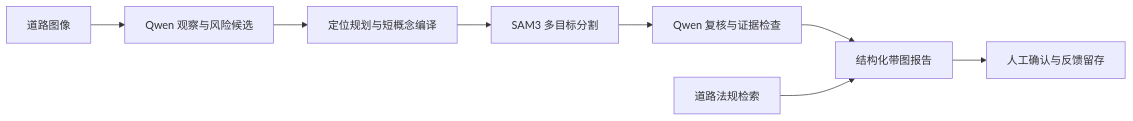
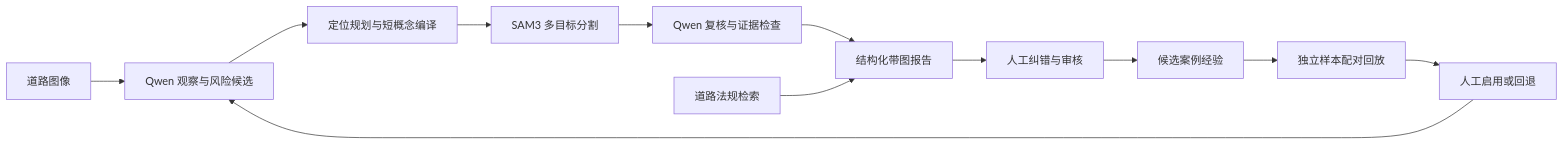
One commit to Shrek2356/SmartRoad-Highway changed the diagram in README.md. Above: the diagram before and after it, drawn with Mermaid. The commit also changed other lines of this file and 27 other files, not shown here.

````diff
--- a/README.md
+++ b/README.md
@@ -114,10 +122,14 @@
 ```mermaid
 flowchart LR
     A[道路图像] --> B[Qwen 观察与风险候选]
     B --> C[定位规划与短概念编译]
     C --> D[SAM3 多目标分割]
     D --> E[Qwen 复核与证据检查]
     E --> F[结构化带图报告]
     G[道路法规检索] --> F
-    F --> H[人工确认与反馈留存]
+    F --> H[人工纠错与审核]
+    H --> I[候选案例经验]
+    I --> J[独立样本配对回放]
+    J --> K[人工启用或回退]
+    K --> B
 ```
````
